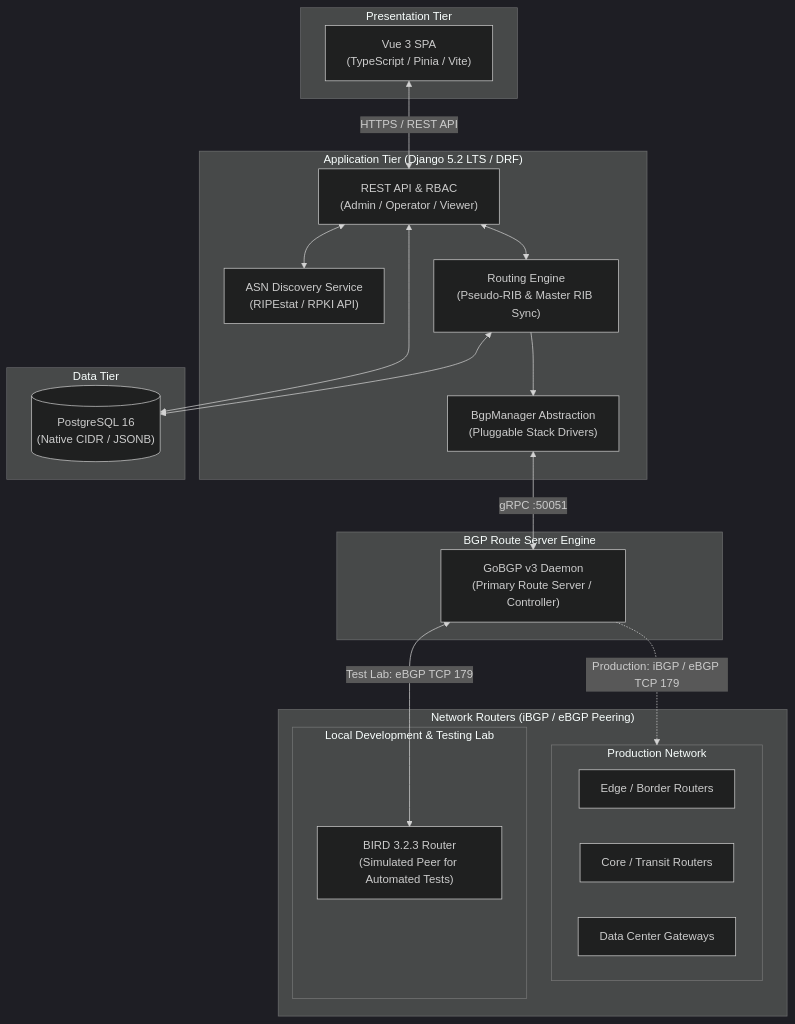
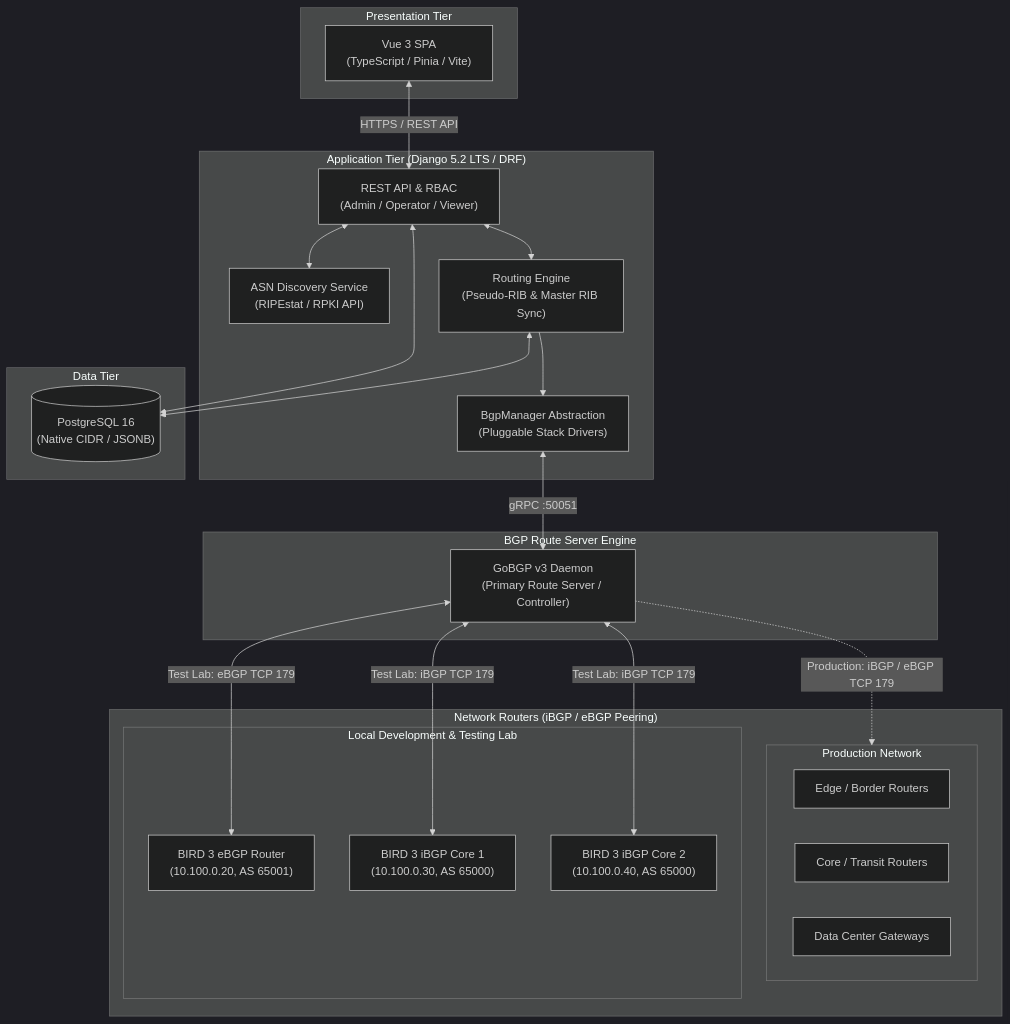
One commit to Pragma-Innovation/bgpWebRouteServer changed the diagram in README.md. Above: the diagram before and after it, drawn with Mermaid (dark theme). The commit also changed other lines of this file and 41 other files, not shown here.

Commit message:
feat(release): release v0.2.0-alpha (Alpha 2) — Backbone BGP Sessions, Continuous Peering Sync, Multi-Peer Lab & Gabu Branding

````diff
--- a/README.md
+++ b/README.md
@@ -56,42 +56,46 @@
 ```mermaid
 flowchart TD
     subgraph Client["Presentation Tier"]
         UI["Vue 3 SPA<br/>(TypeScript / Pinia / Vite)"]
     end
 
     subgraph Backend["Application Tier (Django 5.2 LTS / DRF)"]
         API["REST API & RBAC<br/>(Admin / Operator / Viewer)"]
         PrefixSvc["ASN Discovery Service<br/>(RIPEstat / RPKI API)"]
         RoutingSvc["Routing Engine<br/>(Pseudo-RIB & Master RIB Sync)"]
         BgpManager["BgpManager Abstraction<br/>(Pluggable Stack Drivers)"]
     end
 
     subgraph Storage["Data Tier"]
         DB[("PostgreSQL 16<br/>(Native CIDR / JSONB)")]
     end
 
     subgraph Controller["BGP Route Server Engine"]
         GoBGP["GoBGP v3 Daemon<br/>(Primary Route Server / Controller)"]
     end
 
     subgraph Network["Network Routers (iBGP / eBGP Peering)"]
         subgraph Production["Production Network"]
             R1["Edge / Border Routers"]
             R2["Core / Transit Routers"]
             R3["Data Center Gateways"]
         end
         subgraph TestLab["Local Development & Testing Lab"]
-            BIRD["BIRD 3.2.3 Router<br/>(Simulated Peer for Automated Tests)"]
+            BIRD_E["BIRD 3 eBGP Router<br/>(10.100.0.20, AS 65001)"]
+            BIRD_I1["BIRD 3 iBGP Core 1<br/>(10.100.0.30, AS 65000)"]
+            BIRD_I2["BIRD 3 iBGP Core 2<br/>(10.100.0.40, AS 65000)"]
         end
     end
 
     UI <-->|HTTPS / REST API| API
     API <--> RoutingSvc
     API <--> PrefixSvc
     API <--> DB
     RoutingSvc <--> DB
     RoutingSvc --> BgpManager
     BgpManager <-->|gRPC :50051| GoBGP
     GoBGP -.->|Production: iBGP / eBGP TCP 179| Production
-    GoBGP <-->|Test Lab: eBGP TCP 179| BIRD
+    GoBGP <-->|Test Lab: eBGP TCP 179| BIRD_E
+    GoBGP <-->|Test Lab: iBGP TCP 179| BIRD_I1
+    GoBGP <-->|Test Lab: iBGP TCP 179| BIRD_I2
 ```
````
